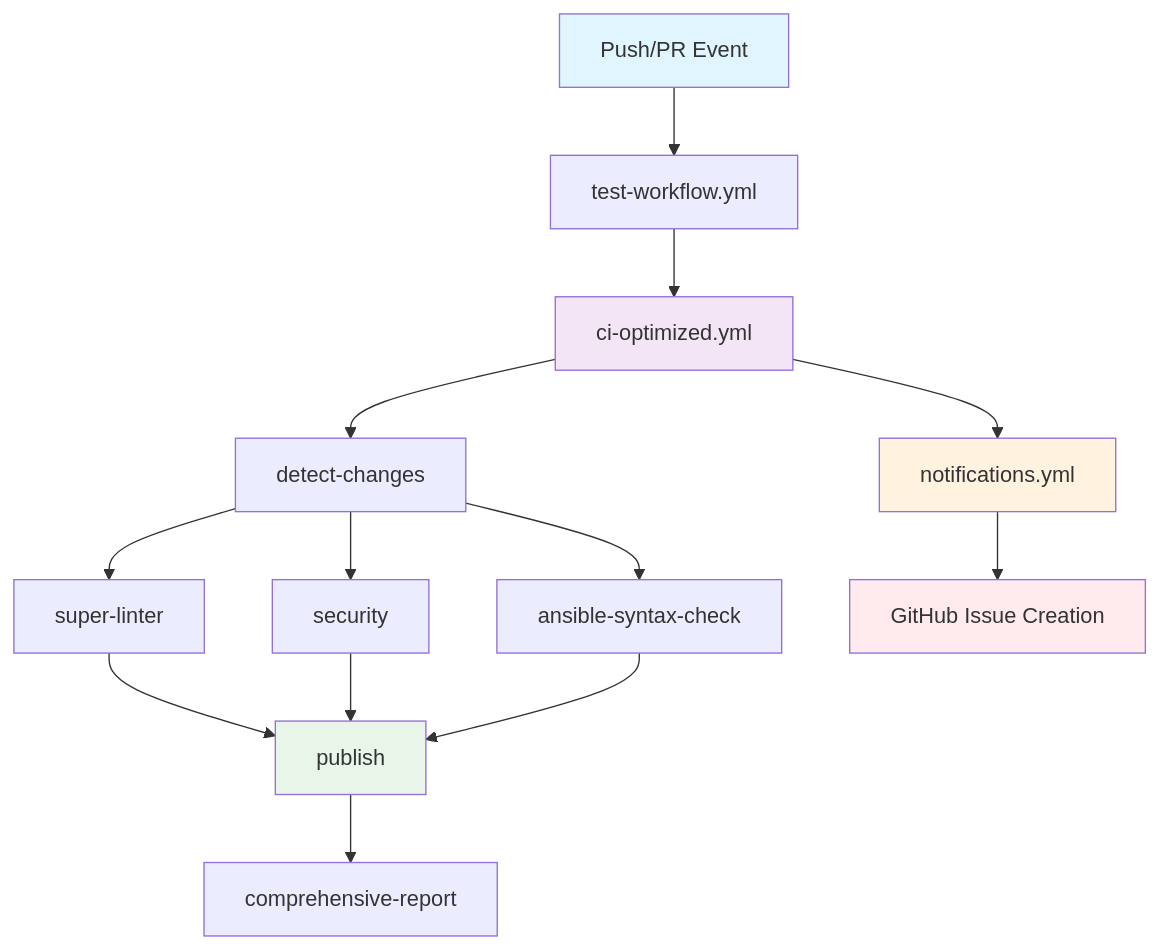
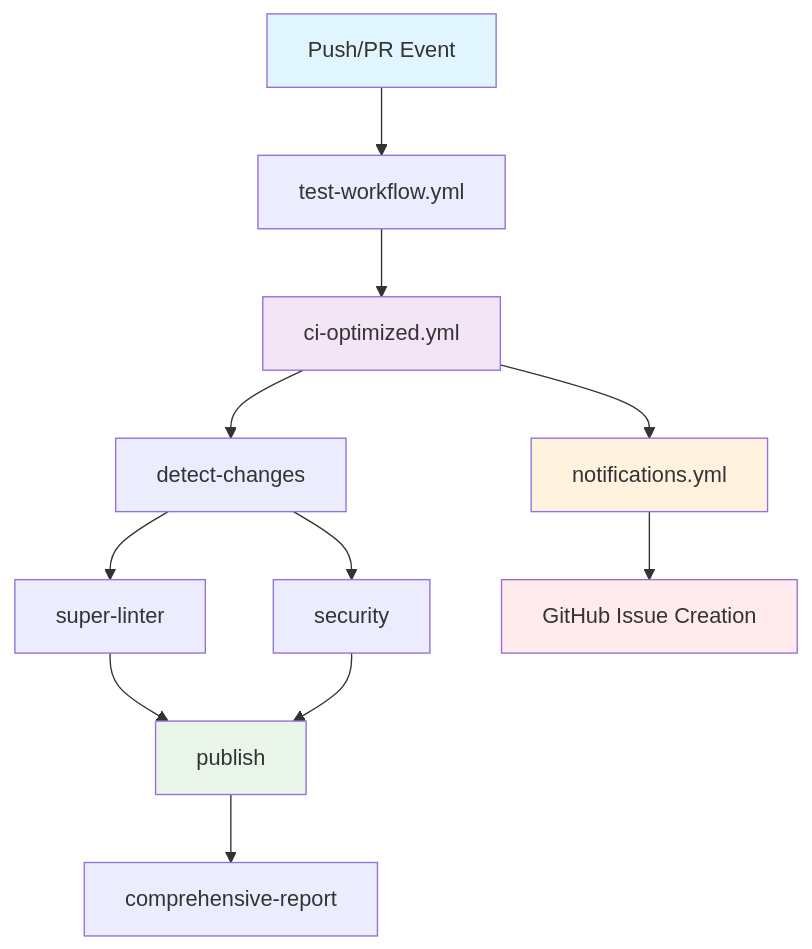
Before and after one commit to KhalilGibrotha/redesigned-guacamole: the diagram in README.md, drawn with Mermaid. The commit also changed other lines of this file and 1 other file, not shown here.

Commit message:
docs: update README files to reflect optimized CI/CD workflow
- Remove references to separate ansible-syntax-check job
- Update workflow diagram to show streamlined 4-job pipeline
- Clarify that Ansible validation is integrated with Super Linter
- Update execution flow to reflect 6 steps instead of 7
- Update local testing instructions to reflect new workflow structure

````diff
--- a/README.md
+++ b/README.md
@@ -97,21 +104,19 @@
 ```mermaid
 graph TD
     A[Push/PR Event] --> B[test-workflow.yml]
     B --> C[ci-optimized.yml]
     C --> D[detect-changes]
     D --> E[super-linter]
     D --> F[security]
-    D --> G[ansible-syntax-check]
-    E --> H[publish]
-    F --> H
-    G --> H
-    H --> I[comprehensive-report]
-    C --> J[notifications.yml]
-    J --> K[GitHub Issue Creation]
+    E --> G[publish]
+    F --> G
+    G --> H[comprehensive-report]
+    C --> I[notifications.yml]
+    I --> J[GitHub Issue Creation]
     
     style A fill:#e1f5fe
     style C fill:#f3e5f5
-    style H fill:#e8f5e8
-    style J fill:#fff3e0
-    style K fill:#ffebee
+    style G fill:#e8f5e8
+    style I fill:#fff3e0
+    style J fill:#ffebee
 ```
````
